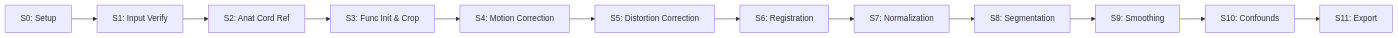
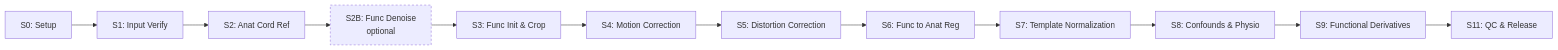
The diagram in docs/methods/overview.md (SpinePrep/SpinePrep), drawn with Mermaid before and after one commit. The commit also changed other lines of this file and 7 other files, not shown here.

````diff
--- a/docs/methods/overview.md
+++ b/docs/methods/overview.md
@@ -31,14 +31,15 @@
 ```mermaid
 flowchart LR
     S0[S0: Setup] --> S1[S1: Input Verify]
     S1 --> S2[S2: Anat Cord Ref]
-    S2 --> S3[S3: Func Init & Crop]
+    S2 --> S2B[S2B: Func Denoise<br/>optional]
+    S2B --> S3[S3: Func Init & Crop]
     S3 --> S4[S4: Motion Correction]
     S4 --> S5[S5: Distortion Correction]
-    S5 --> S6[S6: Registration]
-    S6 --> S7[S7: Normalization]
-    S7 --> S8[S8: Segmentation]
-    S8 --> S9[S9: Smoothing]
-    S9 --> S10[S10: Confounds]
-    S10 --> S11[S11: Export]
+    S5 --> S6[S6: Func to Anat Reg]
+    S6 --> S7[S7: Template Normalization]
+    S7 --> S8[S8: Confounds & Physio]
+    S8 --> S9[S9: Functional Derivatives]
+    S9 --> S11[S11: QC & Release]
+    style S2B stroke-dasharray: 4 4
 ```
````
